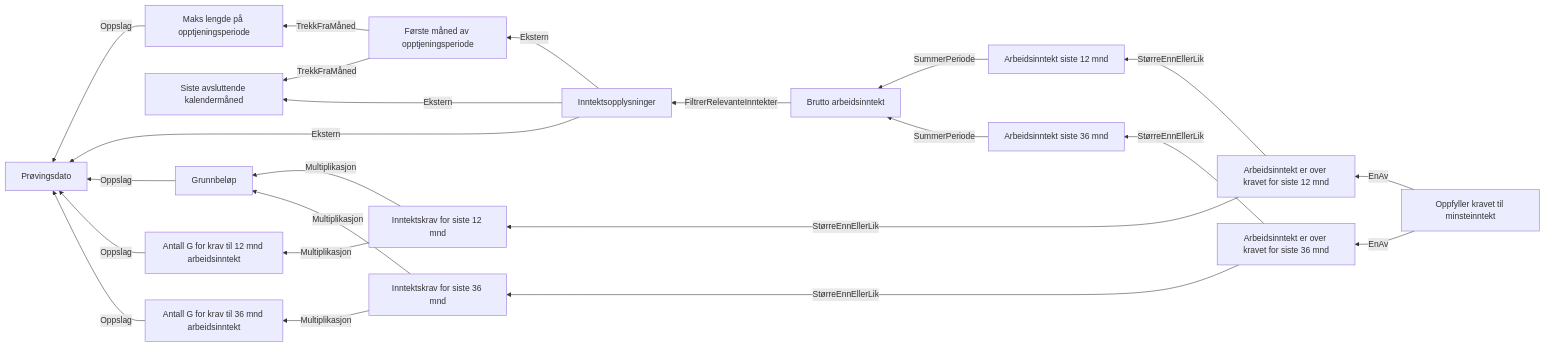
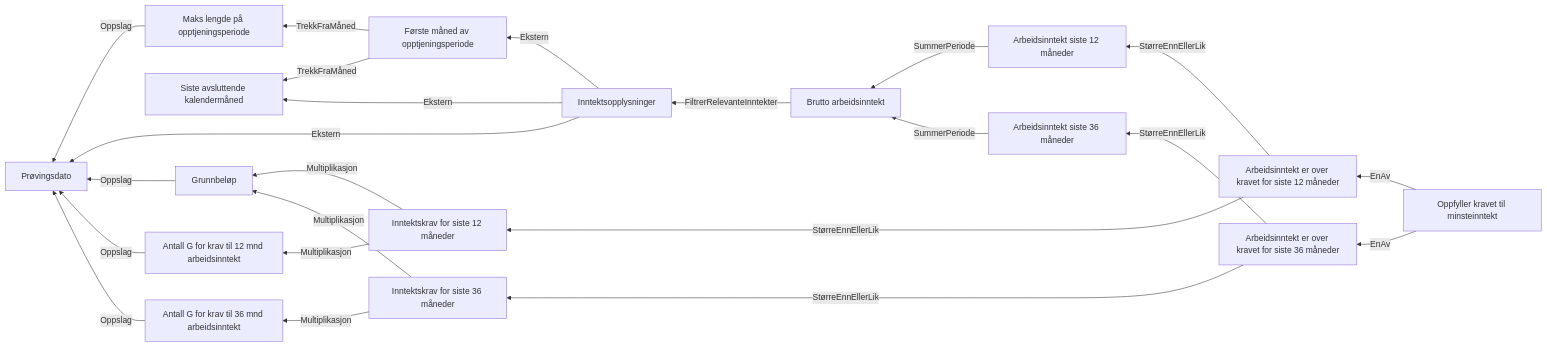
Before and after one commit to navikt/dp-behandling: the diagram in docs/regler/§ 4-4. Krav til minsteinntekt.approved.md, drawn with Mermaid. The commit also changed 29 other files, not shown here.

````diff
--- a/docs/regler/§ 4-4. Krav til minsteinntekt.approved.md
+++ b/docs/regler/§ 4-4. Krav til minsteinntekt.approved.md
@@ -5,25 +5,25 @@
 ```mermaid
 graph RL
   A["Maks lengde på opptjeningsperiode"] -->|"Oppslag"| B["Prøvingsdato"]
   C["Første måned av opptjeningsperiode"] -->|"TrekkFraMåned"| D["Siste avsluttende kalendermåned"]
   C["Første måned av opptjeningsperiode"] -->|"TrekkFraMåned"| A["Maks lengde på opptjeningsperiode"]
   E["Inntektsopplysninger"] -->|"Ekstern"| B["Prøvingsdato"]
   E["Inntektsopplysninger"] -->|"Ekstern"| D["Siste avsluttende kalendermåned"]
   E["Inntektsopplysninger"] -->|"Ekstern"| C["Første måned av opptjeningsperiode"]
   F["Brutto arbeidsinntekt"] -->|"FiltrerRelevanteInntekter"| E["Inntektsopplysninger"]
   G["Grunnbeløp"] -->|"Oppslag"| B["Prøvingsdato"]
-  H["Arbeidsinntekt siste 12 mnd"] -->|"SummerPeriode"| F["Brutto arbeidsinntekt"]
+  H["Arbeidsinntekt siste 12 måneder"] -->|"SummerPeriode"| F["Brutto arbeidsinntekt"]
   I["Antall G for krav til 12 mnd arbeidsinntekt"] -->|"Oppslag"| B["Prøvingsdato"]
-  J["Inntektskrav for siste 12 mnd"] -->|"Multiplikasjon"| G["Grunnbeløp"]
-  J["Inntektskrav for siste 12 mnd"] -->|"Multiplikasjon"| I["Antall G for krav til 12 mnd arbeidsinntekt"]
-  K["Arbeidsinntekt er over kravet for siste 12 mnd"] -->|"StørreEnnEllerLik"| H["Arbeidsinntekt siste 12 mnd"]
-  K["Arbeidsinntekt er over kravet for siste 12 mnd"] -->|"StørreEnnEllerLik"| J["Inntektskrav for siste 12 mnd"]
-  L["Arbeidsinntekt siste 36 mnd"] -->|"SummerPeriode"| F["Brutto arbeidsinntekt"]
+  J["Inntektskrav for siste 12 måneder"] -->|"Multiplikasjon"| G["Grunnbeløp"]
+  J["Inntektskrav for siste 12 måneder"] -->|"Multiplikasjon"| I["Antall G for krav til 12 mnd arbeidsinntekt"]
+  K["Arbeidsinntekt er over kravet for siste 12 måneder"] -->|"StørreEnnEllerLik"| H["Arbeidsinntekt siste 12 måneder"]
+  K["Arbeidsinntekt er over kravet for siste 12 måneder"] -->|"StørreEnnEllerLik"| J["Inntektskrav for siste 12 måneder"]
+  L["Arbeidsinntekt siste 36 måneder"] -->|"SummerPeriode"| F["Brutto arbeidsinntekt"]
   M["Antall G for krav til 36 mnd arbeidsinntekt"] -->|"Oppslag"| B["Prøvingsdato"]
-  N["Inntektskrav for siste 36 mnd"] -->|"Multiplikasjon"| G["Grunnbeløp"]
-  N["Inntektskrav for siste 36 mnd"] -->|"Multiplikasjon"| M["Antall G for krav til 36 mnd arbeidsinntekt"]
-  O["Arbeidsinntekt er over kravet for siste 36 mnd"] -->|"StørreEnnEllerLik"| L["Arbeidsinntekt siste 36 mnd"]
-  O["Arbeidsinntekt er over kravet for siste 36 mnd"] -->|"StørreEnnEllerLik"| N["Inntektskrav for siste 36 mnd"]
-  P["Oppfyller kravet til minsteinntekt"] -->|"EnAv"| K["Arbeidsinntekt er over kravet for siste 12 mnd"]
-  P["Oppfyller kravet til minsteinntekt"] -->|"EnAv"| O["Arbeidsinntekt er over kravet for siste 36 mnd"]
+  N["Inntektskrav for siste 36 måneder"] -->|"Multiplikasjon"| G["Grunnbeløp"]
+  N["Inntektskrav for siste 36 måneder"] -->|"Multiplikasjon"| M["Antall G for krav til 36 mnd arbeidsinntekt"]
+  O["Arbeidsinntekt er over kravet for siste 36 måneder"] -->|"StørreEnnEllerLik"| L["Arbeidsinntekt siste 36 måneder"]
+  O["Arbeidsinntekt er over kravet for siste 36 måneder"] -->|"StørreEnnEllerLik"| N["Inntektskrav for siste 36 måneder"]
+  P["Oppfyller kravet til minsteinntekt"] -->|"EnAv"| K["Arbeidsinntekt er over kravet for siste 12 måneder"]
+  P["Oppfyller kravet til minsteinntekt"] -->|"EnAv"| O["Arbeidsinntekt er over kravet for siste 36 måneder"]
 ```
````
